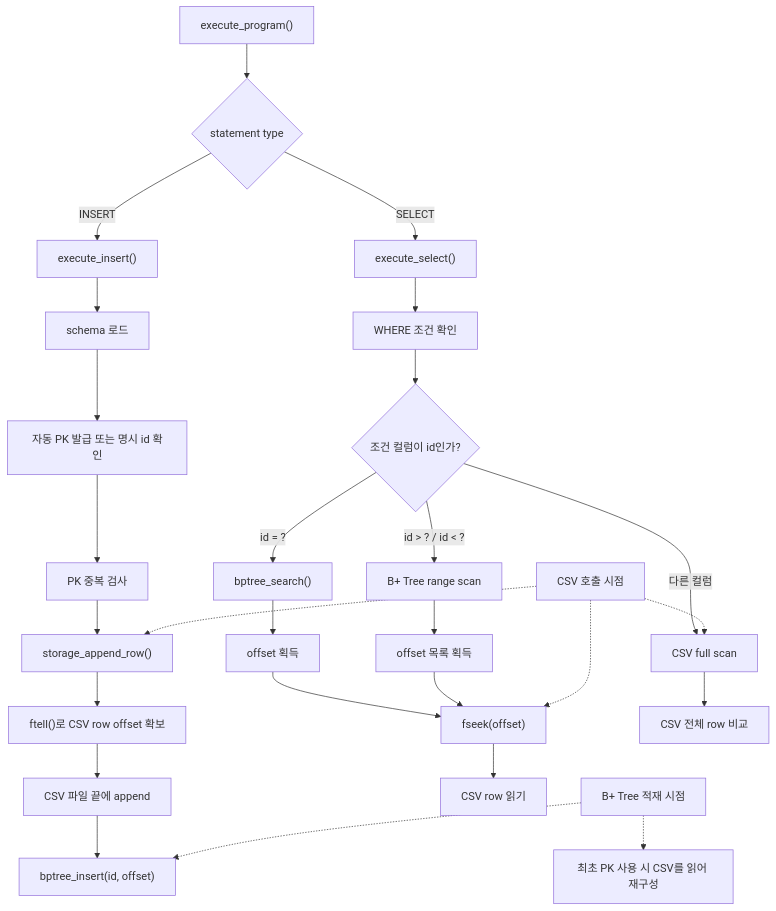
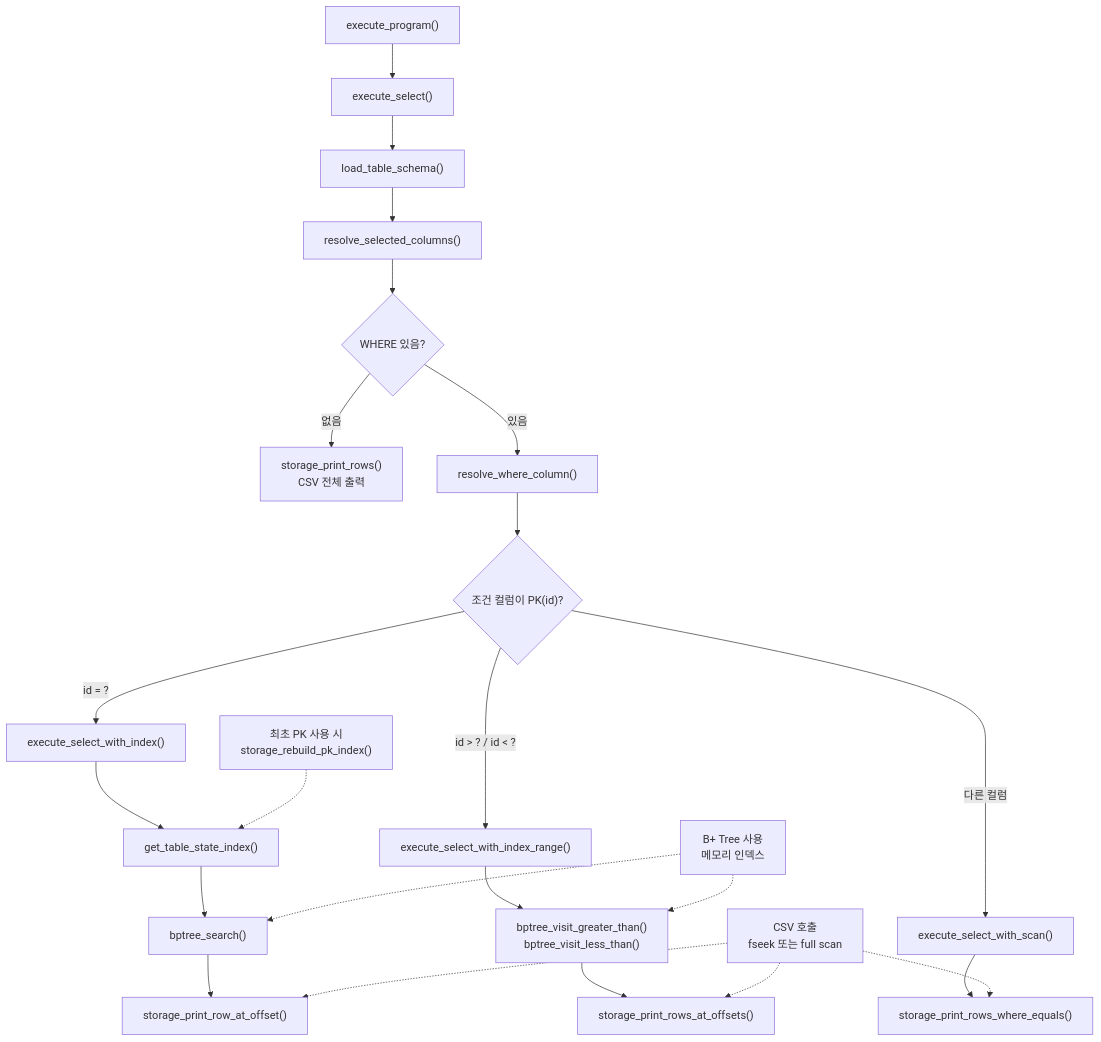
One commit to Jungle-12-303/week7-02-sql-index changed the second of 3 diagrams in README_7.md. Above: the diagram before and after it, drawn with Mermaid. The commit also changed other lines of this file, not shown here.

Commit message:
발표자료 2안 업데이트

````diff
--- a/README_7.md
+++ b/README_7.md
@@ -19,32 +47,29 @@
 ```mermaid
 flowchart TD
-    A["execute_program()"] --> B{"statement type"}
-    B -->|INSERT| C["execute_insert()"]
-    B -->|SELECT| D["execute_select()"]
+    A["execute_program()"] --> B["execute_select()"]
+    B --> C["load_table_schema()"]
+    C --> D["resolve_selected_columns()"]
+    D --> E{"WHERE 있음?"}
+    E -->|없음| F["storage_print_rows()<br/>CSV 전체 출력"]
+    E -->|있음| G["resolve_where_column()"]
+    G --> H{"조건 컬럼이 PK(id)?"}
 
-    C --> C1["schema 로드"]
-    C1 --> C2["자동 PK 발급 또는 명시 id 확인"]
-    C2 --> C3["PK 중복 검사"]
-    C3 --> C4["storage_append_row()"]
-    C4 --> C5["ftell()로 CSV row offset 확보"]
-    C5 --> C6["CSV 파일 끝에 append"]
-    C6 --> C7["bptree_insert(id, offset)"]
+    H -->|id = ?| I["execute_select_with_index()"]
+    I --> I1["get_table_state_index()"]
+    I1 --> I2["bptree_search()"]
+    I2 --> I3["storage_print_row_at_offset()"]
 
-    D --> D1["WHERE 조건 확인"]
-    D1 --> D2{"조건 컬럼이 id인가?"}
-    D2 -->|id = ?| D3["bptree_search()"]
-    D2 -->|id > ? / id < ?| D4["B+ Tree range scan"]
-    D2 -->|다른 컬럼| D5["CSV full scan"]
-    D3 --> D6["offset 획득"]
-    D4 --> D7["offset 목록 획득"]
-    D6 --> D8["fseek(offset)"]
-    D7 --> D8
-    D8 --> D9["CSV row 읽기"]
-    D5 --> D10["CSV 전체 row 비교"]
+    H -->|id > ? / id < ?| J["execute_select_with_index_range()"]
+    J --> J1["bptree_visit_greater_than()<br/>bptree_visit_less_than()"]
+    J1 --> J2["storage_print_rows_at_offsets()"]
 
-    X["CSV 호출 시점"] -.-> C4
-    X -.-> D8
-    X -.-> D5
-    Y["B+ Tree 적재 시점"] -.-> C7
-    Y -.-> Z["최초 PK 사용 시 CSV를 읽어 재구성"]
+    H -->|다른 컬럼| K["execute_select_with_scan()"]
+    K --> K1["storage_print_rows_where_equals()"]
+
+    CSV["CSV 호출<br/>fseek 또는 full scan"] -.-> I3
+    CSV -.-> J2
+    CSV -.-> K1
+    IDX["B+ Tree 사용<br/>메모리 인덱스"] -.-> I2
+    IDX -.-> J1
+    REBUILD["최초 PK 사용 시<br/>storage_rebuild_pk_index()"] -.-> I1
 ```
````
